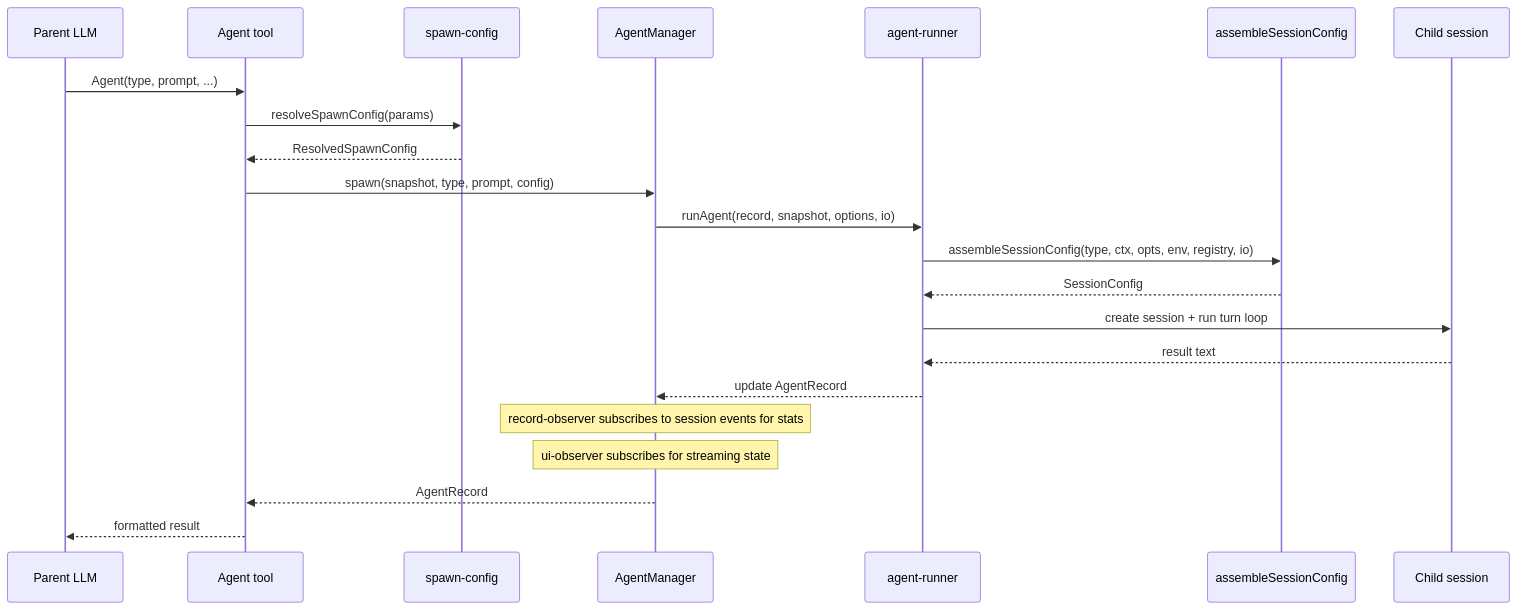
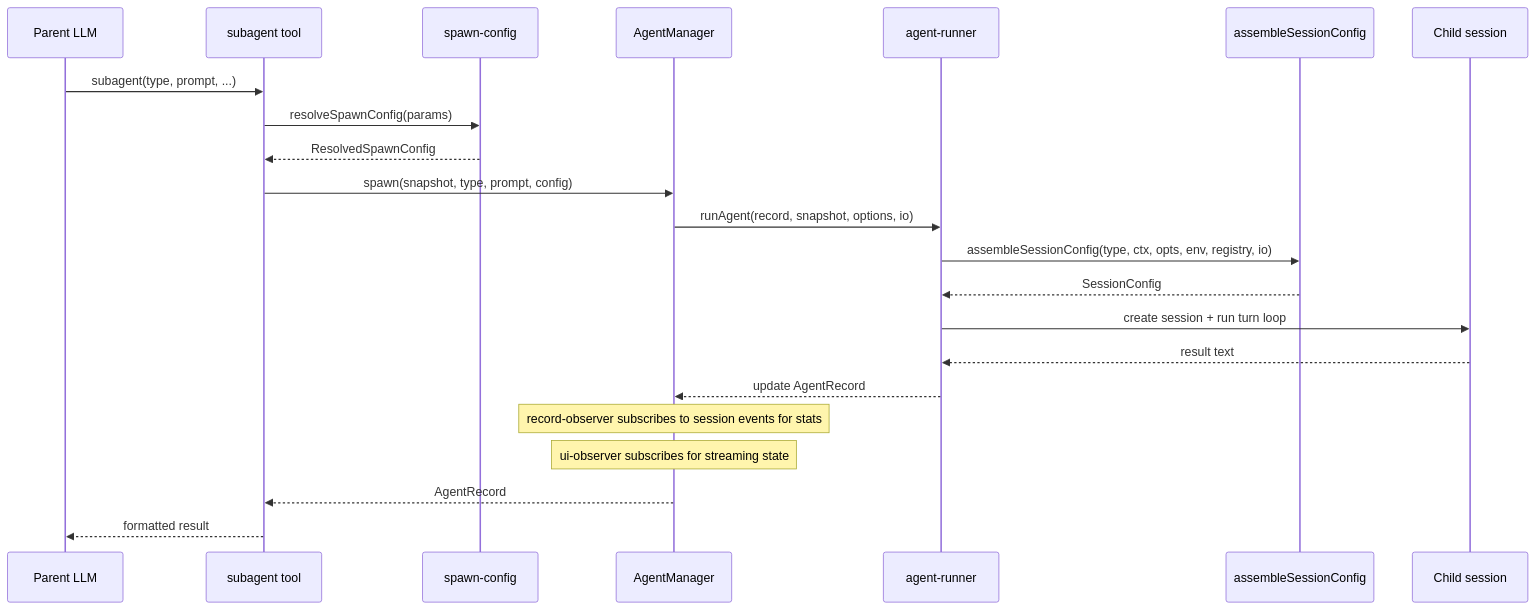
Before and after one commit to ttdua/pi-subagents: the fourth of 7 diagrams in docs/architecture/architecture.md, drawn with Mermaid. The commit also changed other lines of this file, not shown here.

First line of the commit message:
docs(pi-subagents): add Phase 14 Step 4 — rename Agent tool to subagent (#242)

````diff
--- a/docs/architecture/architecture.md
+++ b/docs/architecture/architecture.md
@@ -200,25 +200,25 @@
 ```mermaid
 sequenceDiagram
     participant LLM as Parent LLM
-    participant Tool as Agent tool
+    participant Tool as subagent tool
     participant Spawn as spawn-config
     participant Mgr as AgentManager
     participant Runner as agent-runner
     participant Asm as assembleSessionConfig
     participant Child as Child session
 
-    LLM->>Tool: Agent(type, prompt, ...)
+    LLM->>Tool: subagent(type, prompt, ...)
     Tool->>Spawn: resolveSpawnConfig(params)
     Spawn-->>Tool: ResolvedSpawnConfig
     Tool->>Mgr: spawn(snapshot, type, prompt, config)
     Mgr->>Runner: runAgent(record, snapshot, options, io)
     Runner->>Asm: assembleSessionConfig(type, ctx, opts, env, registry, io)
     Asm-->>Runner: SessionConfig
     Runner->>Child: create session + run turn loop
     Child-->>Runner: result text
     Runner-->>Mgr: update AgentRecord
     Note over Mgr: record-observer subscribes to session events for stats
     Note over Mgr: ui-observer subscribes for streaming state
     Mgr-->>Tool: AgentRecord
     Tool-->>LLM: formatted result
 ```
````
